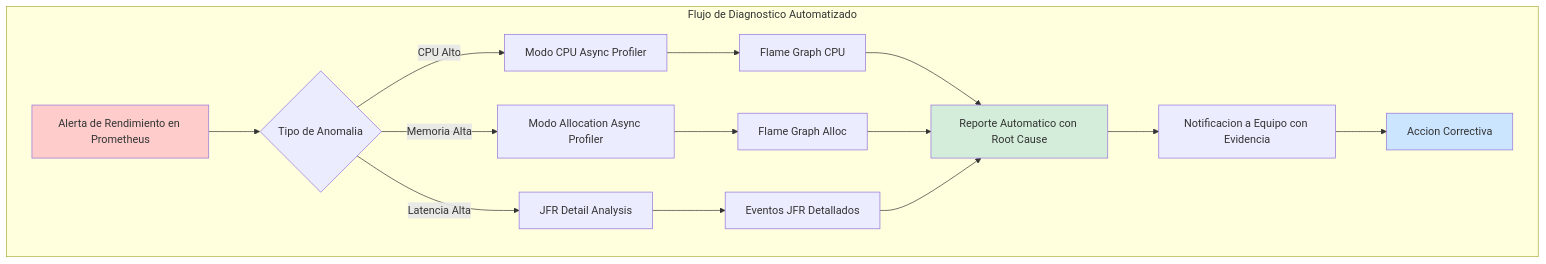
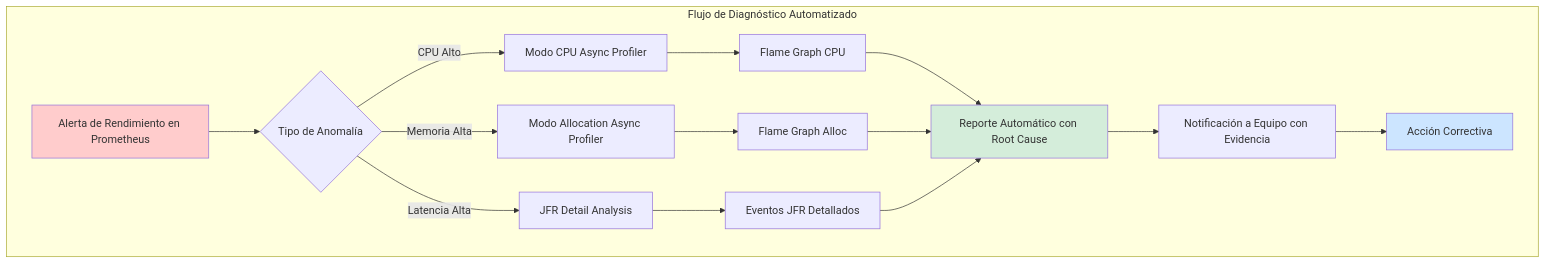
Before and after one commit to Joaquinriosheredia/DAM-Java-Mastery: the third of 4 diagrams in 01_Java_Core/profiling_avanzado_en_java_con_jfr_y_async_profiler_STAFF.md, drawn with Mermaid. The commit also changed other lines of this file, not shown here.

Commit message:
profiling_avanzado_en_java_con_jfr_y_async_profiler_STAFF.md

````diff
--- a/01_Java_Core/profiling_avanzado_en_java_con_jfr_y_async_profiler_STAFF.md
+++ b/01_Java_Core/profiling_avanzado_en_java_con_jfr_y_async_profiler_STAFF.md
@@ -380,25 +434,25 @@
 ```mermaid
 graph TD
-    subgraph "Flujo de Diagnostico Automatizado"
-        ALERT[Alerta de Rendimiento en Prometheus] --> CHECK{Tipo de Anomalia}
+    subgraph "Flujo de Diagnóstico Automatizado"
+        ALERT[Alerta de Rendimiento en Prometheus] --> CHECK{Tipo de Anomalía}
         
         CHECK -->|CPU Alto| CPU_MODE[Modo CPU Async Profiler]
         CHECK -->|Memoria Alta| ALLOC_MODE[Modo Allocation Async Profiler]
         CHECK -->|Latencia Alta| JFR_DETAIL[JFR Detail Analysis]
         
         CPU_MODE --> FLAME_CPU[Flame Graph CPU]
         ALLOC_MODE --> FLAME_ALLOC[Flame Graph Alloc]
         JFR_DETAIL --> EVENTS[Eventos JFR Detallados]
         
-        FLAME_CPU --> REPORT[Reporte Automatico con Root Cause]
+        FLAME_CPU --> REPORT[Reporte Automático con Root Cause]
         FLAME_ALLOC --> REPORT
         EVENTS --> REPORT
         
-        REPORT --> NOTIFY[Notificacion a Equipo con Evidencia]
-        NOTIFY --> FIX[Accion Correctiva]
+        REPORT --> NOTIFY[Notificación a Equipo con Evidencia]
+        NOTIFY --> FIX[Acción Correctiva]
     end
     
     style ALERT fill:#ffcccc
     style REPORT fill:#d4edda
     style FIX fill:#cce5ff
 ```
````
